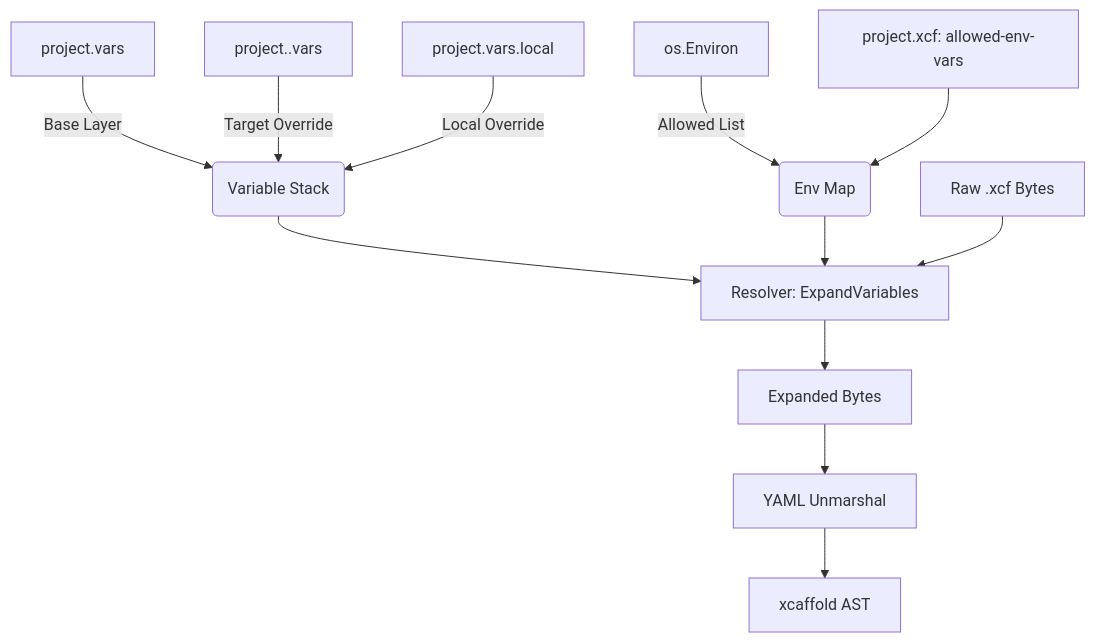
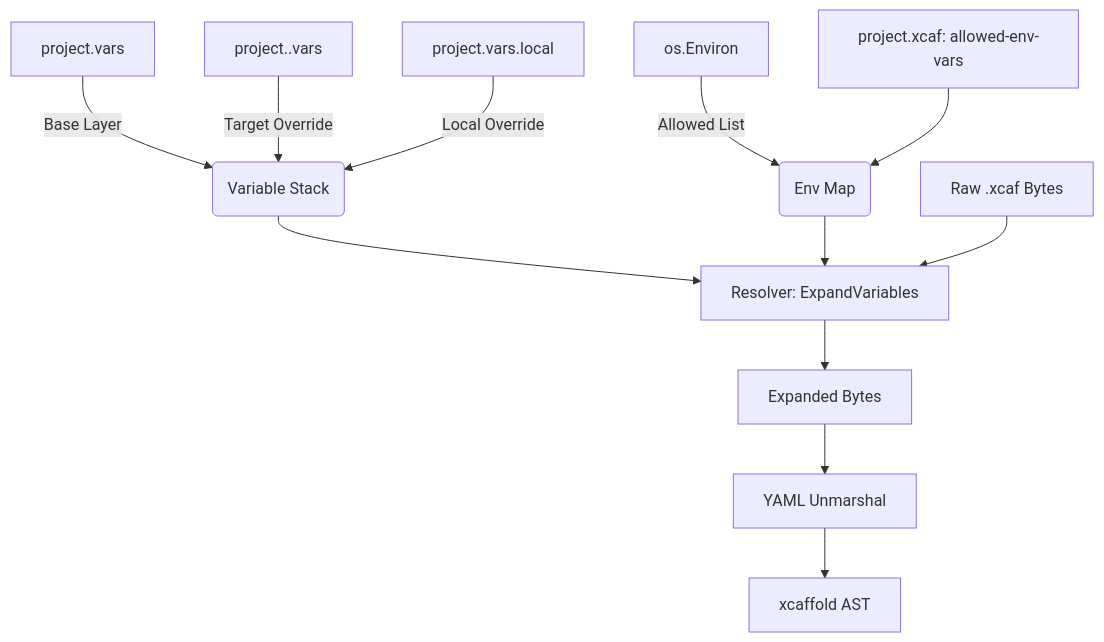
Before and after one commit to saero-ai/xcaffold: the diagram in docs/concepts/configuration/variables.md, drawn with Mermaid. The commit also changed other lines of this file and 7 other files, not shown here.

Commit message:
fix: complete xcf-to-xcaf migration for variables and docs

````diff
--- a/docs/concepts/configuration/variables.md
+++ b/docs/concepts/configuration/variables.md
@@ -18,17 +18,17 @@
 ```mermaid
 graph TD
     A[project.vars] -->|Base Layer| D(Variable Stack)
     B[project.<target>.vars] -->|Target Override| D
     C[project.vars.local] -->|Local Override| D
     
     E[os.Environ] -->|Allowed List| F(Env Map)
-    G[project.xcf: allowed-env-vars] --> F
+    G[project.xcaf: allowed-env-vars] --> F
     
     D --> H[Resolver: ExpandVariables]
     F --> H
     
-    I[Raw .xcf Bytes] --> H
+    I[Raw .xcaf Bytes] --> H
     H --> J[Expanded Bytes]
     J --> K[YAML Unmarshal]
     K --> L[xcaffold AST]
 ```
````
